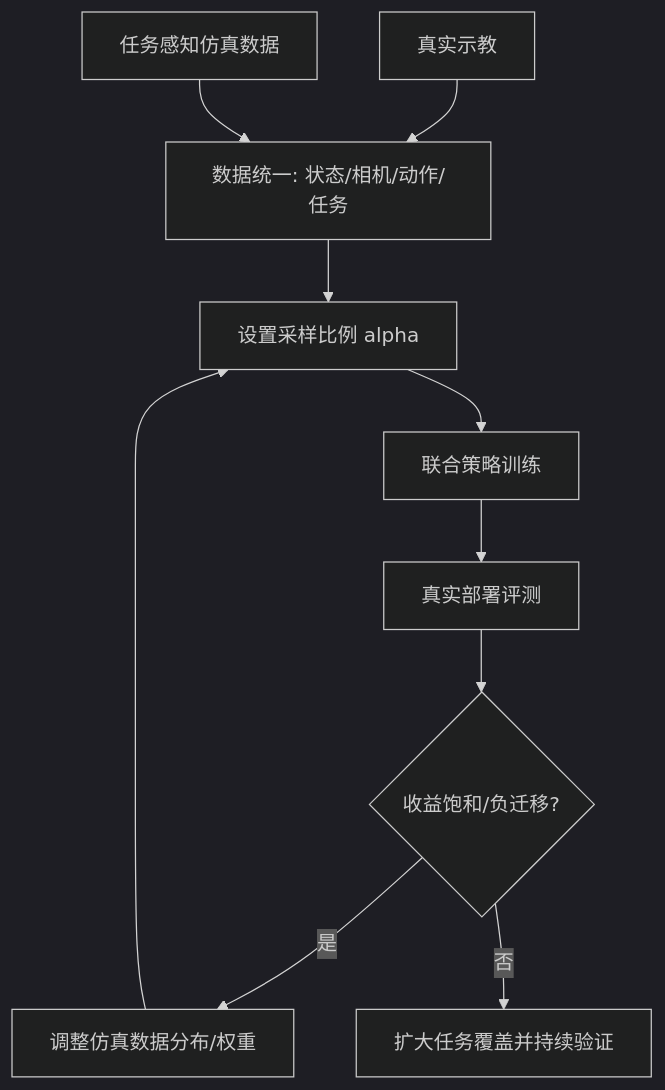
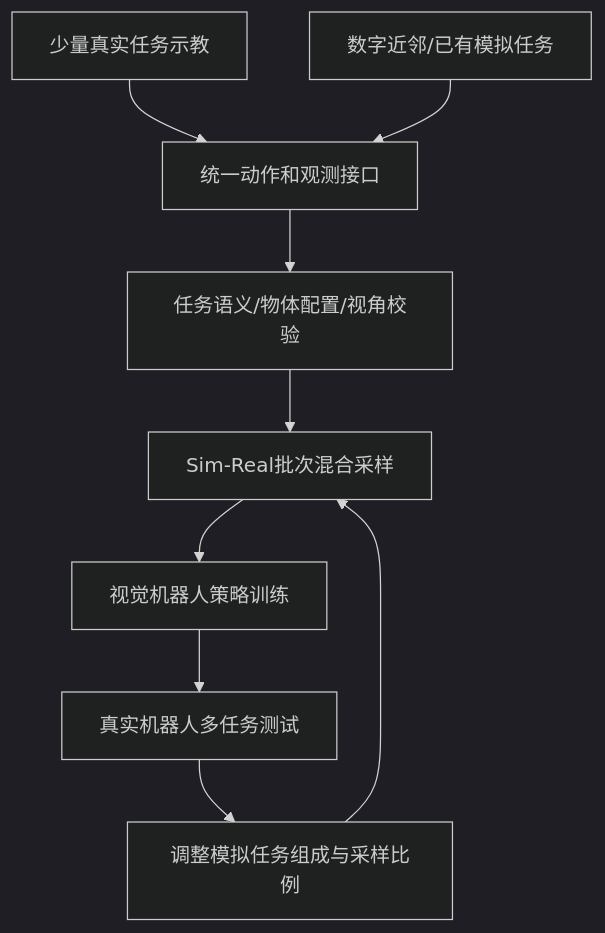
Diagram 13 of 13 in docs/Sim2Real_前沿技术路线综述_2025-2026.md (AforestSong/Sim2Real-Frontier-Survey), drawn with Mermaid (dark theme) before and after one commit. The commit also changed other lines of this file and 7 other files, not shown here.

````diff
--- a/docs/Sim2Real_前沿技术路线综述_2025-2026.md
+++ b/docs/Sim2Real_前沿技术路线综述_2025-2026.md
@@ -453,12 +759,11 @@
 ```mermaid
 flowchart TD
- A[真实示教] --> C[数据统一: 状态/相机/动作/任务]
- B[任务感知仿真数据] --> C
- C --> D[设置采样比例 alpha]
- D --> E[联合策略训练]
- E --> F[真实部署评测]
- F --> G{收益饱和/负迁移?}
- G -- 是 --> H[调整仿真数据分布/权重]
- H --> D
- G -- 否 --> I[扩大任务覆盖并持续验证]
+ A[少量真实任务示教] --> C[统一动作和观测接口]
+ B[数字近邻/已有模拟任务] --> C
+ C --> D[任务语义/物体配置/视角校验]
+ D --> E[Sim-Real批次混合采样]
+ E --> F[视觉机器人策略训练]
+ F --> G[真实机器人多任务测试]
+ G --> H[调整模拟任务组成与采样比例]
+ H --> E
 ```
````
